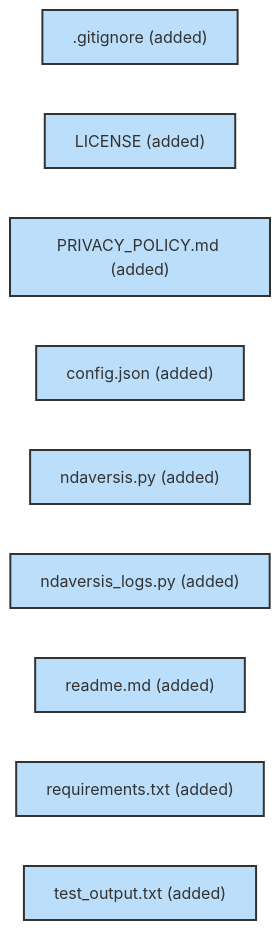
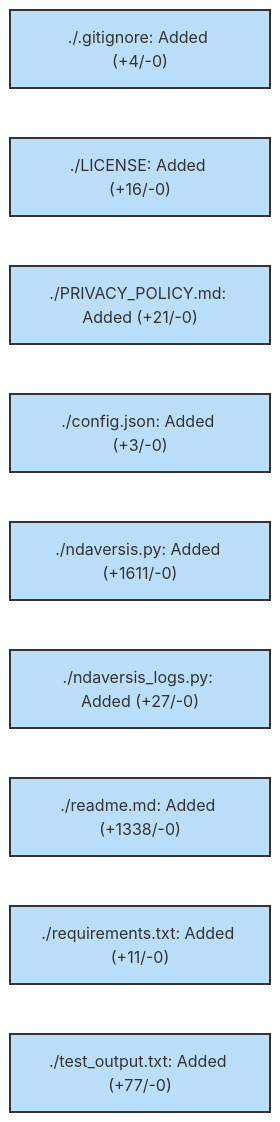
One commit to lystwork/ndaversis changed the sixth of 7 diagrams in readme.md. Above: the diagram before and after it, drawn with Mermaid. The commit also changed other lines of this file and 4 other files, not shown here.

````diff
--- a/readme.md
+++ b/readme.md
@@ -333,21 +449,21 @@
 ```mermaid
 graph LR
-    _gitignore[".gitignore (added)"]
-    style _gitignore fill:#bbdefb,stroke:#333,stroke-width:2px
-    LICENSE["LICENSE (added)"]
+    gitignore["./.gitignore: Added (+4/-0)"]
+    style gitignore fill:#bbdefb,stroke:#333,stroke-width:2px
+    LICENSE["./LICENSE: Added (+16/-0)"]
     style LICENSE fill:#bbdefb,stroke:#333,stroke-width:2px
-    PRIVACY_POLICY_md["PRIVACY_POLICY.md (added)"]
+    PRIVACY_POLICY_md["./PRIVACY_POLICY.md: Added (+21/-0)"]
     style PRIVACY_POLICY_md fill:#bbdefb,stroke:#333,stroke-width:2px
-    config_json["config.json (added)"]
+    config_json["./config.json: Added (+3/-0)"]
     style config_json fill:#bbdefb,stroke:#333,stroke-width:2px
-    ndaversis_py["ndaversis.py (added)"]
+    ndaversis_py["./ndaversis.py: Added (+1611/-0)"]
     style ndaversis_py fill:#bbdefb,stroke:#333,stroke-width:2px
-    ndaversis_logs_py["ndaversis_logs.py (added)"]
+    ndaversis_logs_py["./ndaversis_logs.py: Added (+27/-0)"]
     style ndaversis_logs_py fill:#bbdefb,stroke:#333,stroke-width:2px
-    readme_md["readme.md (added)"]
+    readme_md["./readme.md: Added (+1338/-0)"]
     style readme_md fill:#bbdefb,stroke:#333,stroke-width:2px
-    requirements_txt["requirements.txt (added)"]
+    requirements_txt["./requirements.txt: Added (+11/-0)"]
     style requirements_txt fill:#bbdefb,stroke:#333,stroke-width:2px
-    test_output_txt["test_output.txt (added)"]
+    test_output_txt["./test_output.txt: Added (+77/-0)"]
     style test_output_txt fill:#bbdefb,stroke:#333,stroke-width:2px
 ```
````
